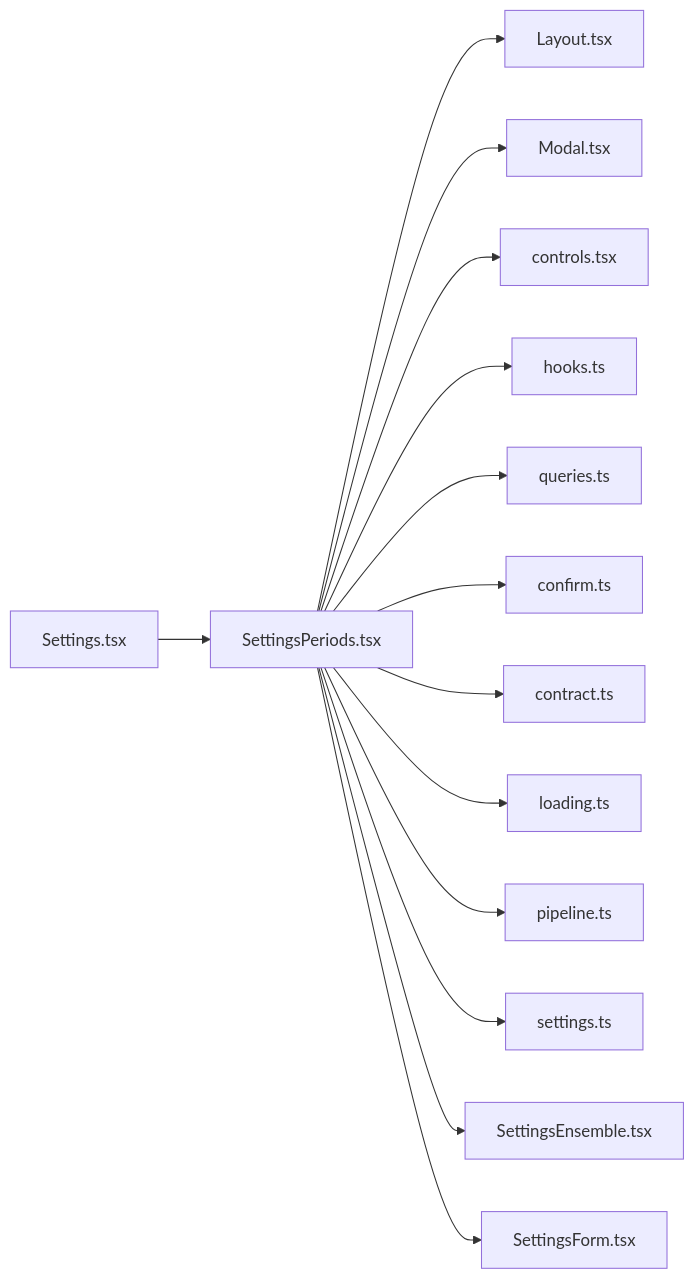
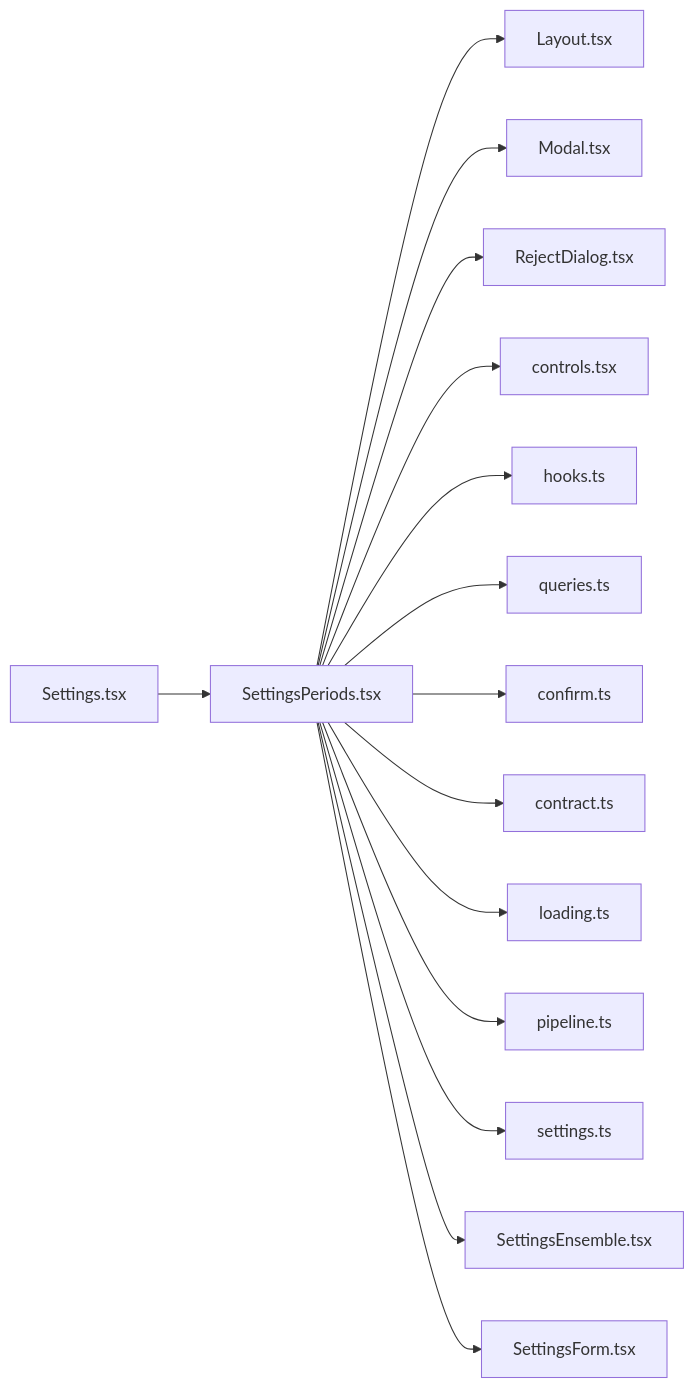
One commit to minkong-dev/Banblit changed the diagram in .cluedoc/graph/frontend/src/routes/SettingsPeriods.md. Above: the diagram before and after it, drawn with Mermaid. The commit also changed other lines of this file and 35 other files, not shown here.

````diff
--- a/.cluedoc/graph/frontend/src/routes/SettingsPeriods.md
+++ b/.cluedoc/graph/frontend/src/routes/SettingsPeriods.md
@@ -10,17 +10,18 @@
 ```mermaid
 flowchart LR
   frontend_src_routes_SettingsPeriods["SettingsPeriods.tsx"]
   frontend_src_routes_SettingsPeriods --> frontend_src_components_Layout["Layout.tsx"]
   frontend_src_routes_SettingsPeriods --> frontend_src_components_Modal["Modal.tsx"]
+  frontend_src_routes_SettingsPeriods --> frontend_src_components_RejectDialog["RejectDialog.tsx"]
   frontend_src_routes_SettingsPeriods --> frontend_src_components_controls["controls.tsx"]
   frontend_src_routes_SettingsPeriods --> frontend_src_components_hooks["hooks.ts"]
   frontend_src_routes_SettingsPeriods --> frontend_src_components_queries["queries.ts"]
   frontend_src_routes_SettingsPeriods --> frontend_src_lib_confirm["confirm.ts"]
   frontend_src_routes_SettingsPeriods --> frontend_src_lib_contract["contract.ts"]
   frontend_src_routes_SettingsPeriods --> frontend_src_lib_loading["loading.ts"]
   frontend_src_routes_SettingsPeriods --> frontend_src_lib_pipeline["pipeline.ts"]
   frontend_src_routes_SettingsPeriods --> frontend_src_lib_settings["settings.ts"]
   frontend_src_routes_SettingsPeriods --> frontend_src_routes_SettingsEnsemble["SettingsEnsemble.tsx"]
   frontend_src_routes_SettingsPeriods --> frontend_src_routes_SettingsForm["SettingsForm.tsx"]
   frontend_src_routes_Settings["Settings.tsx"] --> frontend_src_routes_SettingsPeriods
 ```
````
